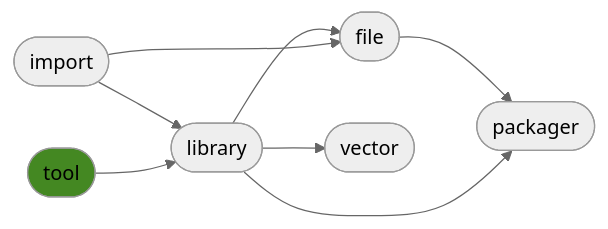
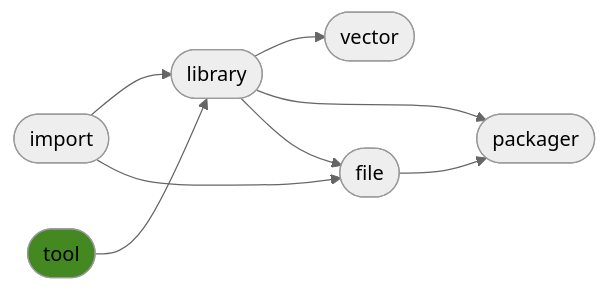
Before and after one commit to ManderaGeneral/generaltool: the diagram in README.md, drawn with Mermaid (neutral theme). The commit also changed other lines of this file, not shown here.

````diff
--- a/README.md
+++ b/README.md
@@ -23,17 +23,17 @@
 ```mermaid
 flowchart LR
+0([import]) --> 2([library])
+0([import]) --> 3([file])
 2([library]) --> 4([vector])
-0([import]) --> 2([library])
+2([library]) --> 5([packager])
+1([tool]) --> 2([library])
+3([file]) --> 5([packager])
 2([library]) --> 3([file])
-3([file]) --> 5([packager])
-1([tool]) --> 2([library])
-0([import]) --> 3([file])
-2([library]) --> 5([packager])
 click 0 "https://github.com/ManderaGeneral/generalimport"
 click 1 "https://github.com/ManderaGeneral/generaltool"
 click 2 "https://github.com/ManderaGeneral/generallibrary"
 click 3 "https://github.com/ManderaGeneral/generalfile"
 click 4 "https://github.com/ManderaGeneral/generalvector"
 click 5 "https://github.com/ManderaGeneral/generalpackager"
 style 1 fill:#482
 ```
````
